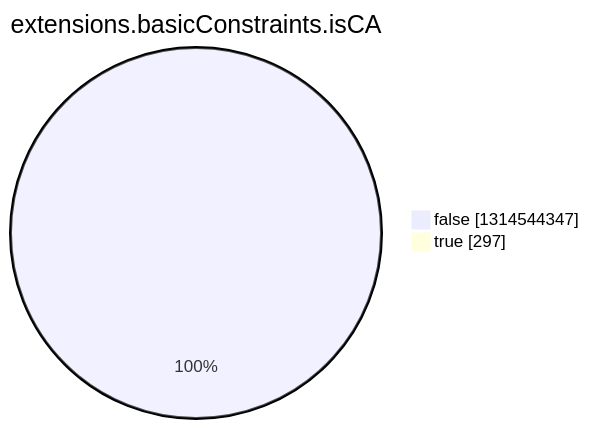
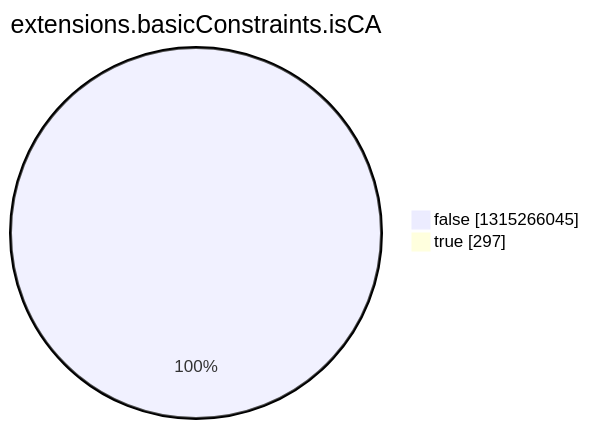
Before and after one commit to christiankrug/ctmonitor_visualization: the eighth of 15 diagrams in argon2022/README.md, drawn with Mermaid. The commit also changed other lines of this file, not shown here.

````diff
--- a/argon2022/README.md
+++ b/argon2022/README.md
@@ -2758,6 +2758,6 @@
 ```mermaid
 pie showData
 title extensions.basicConstraints.isCA
-"false" :1314544347
+"false" :1315266045
 "true" :297
 ```
````
